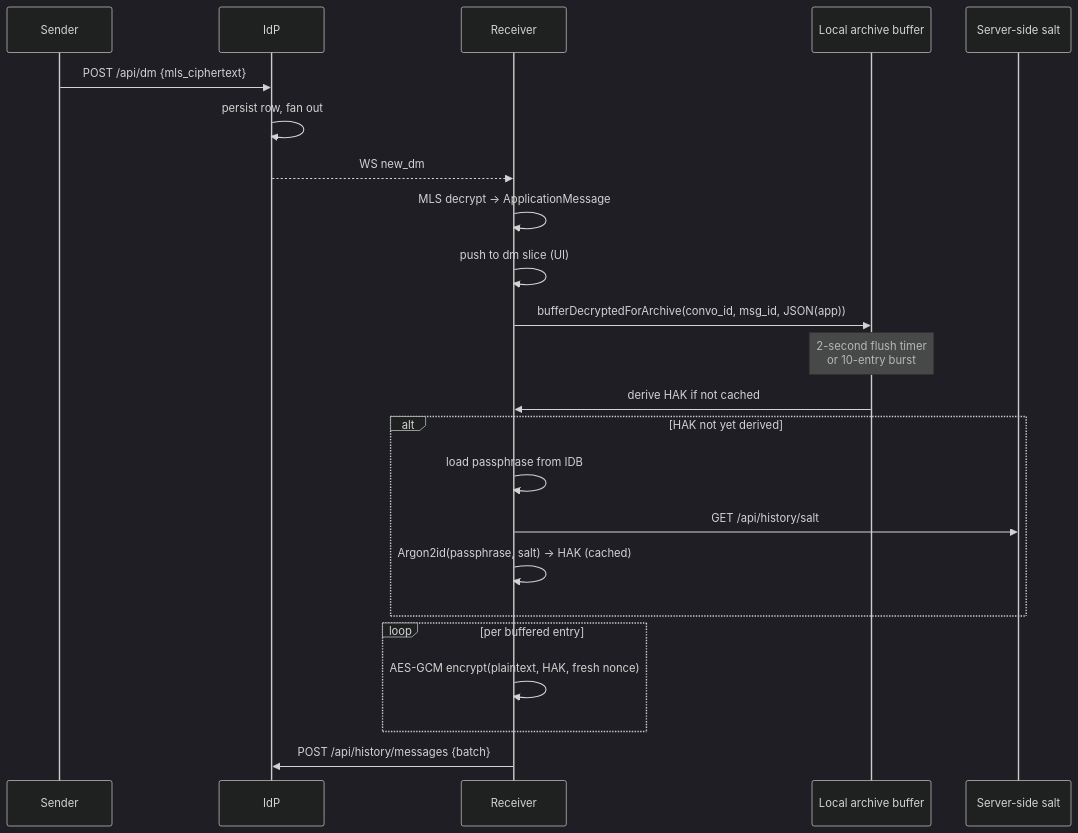
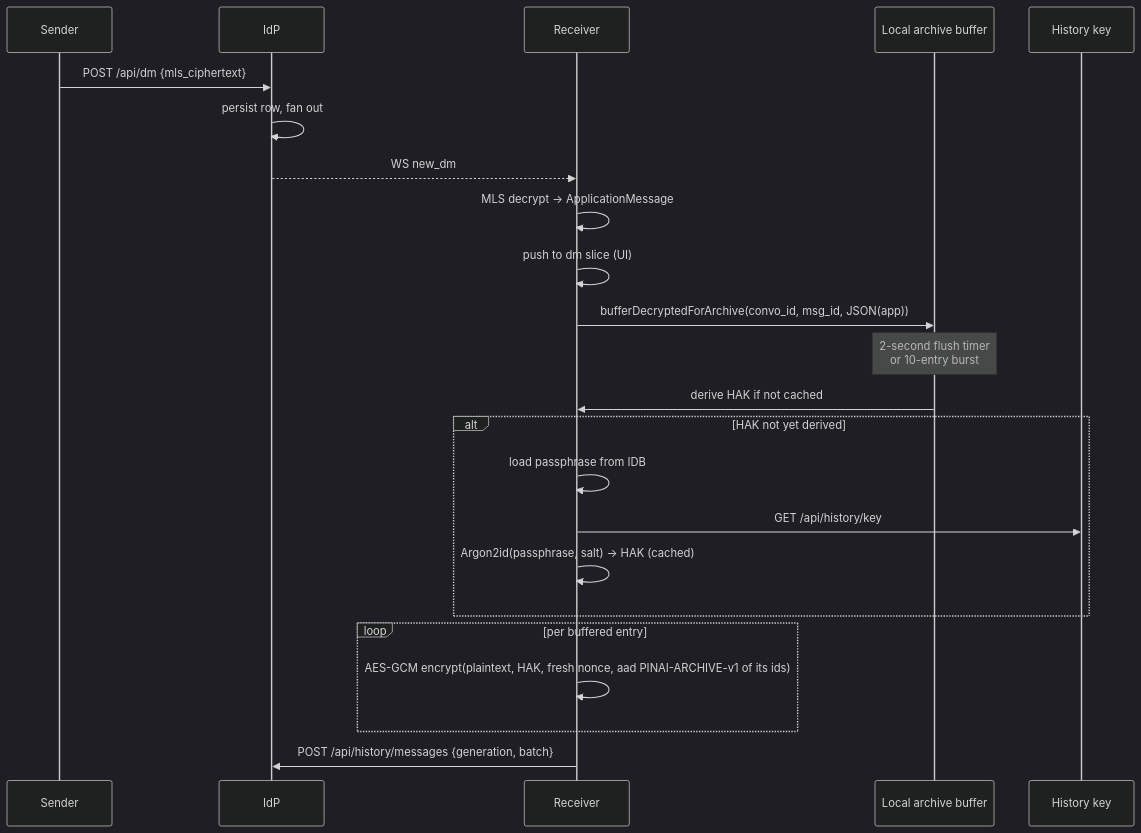
One commit to Pina-i/pinai changed the tenth of 21 diagrams in identity-provider/specs/e2ee.md. Above: the diagram before and after it, drawn with Mermaid (dark theme). The commit also changed other lines of this file and 134 other files, not shown here.

````diff
--- a/identity-provider/specs/e2ee.md
+++ b/identity-provider/specs/e2ee.md
@@ -523,26 +1576,26 @@
 ```mermaid
 sequenceDiagram
     participant Sender
     participant IdP
     participant Receiver
     participant Buffer as Local archive buffer
-    participant Salt as Server-side salt
+    participant Key as History key
 
     Sender->>IdP: POST /api/dm {mls_ciphertext}
     IdP->>IdP: persist row, fan out
     IdP-->>Receiver: WS new_dm
     Receiver->>Receiver: MLS decrypt → ApplicationMessage
     Receiver->>Receiver: push to dm slice (UI)
     Receiver->>Buffer: bufferDecryptedForArchive(convo_id, msg_id, JSON(app))
     Note over Buffer: 2-second flush timer<br/>or 10-entry burst
     Buffer->>Receiver: derive HAK if not cached
     alt HAK not yet derived
         Receiver->>Receiver: load passphrase from IDB
-        Receiver->>Salt: GET /api/history/salt
+        Receiver->>Key: GET /api/history/key
         Receiver->>Receiver: Argon2id(passphrase, salt) → HAK (cached)
     end
     loop per buffered entry
-        Receiver->>Receiver: AES-GCM encrypt(plaintext, HAK, fresh nonce)
+        Receiver->>Receiver: AES-GCM encrypt(plaintext, HAK, fresh nonce, aad PINAI-ARCHIVE-v1 of its ids)
     end
-    Receiver->>IdP: POST /api/history/messages {batch}
+    Receiver->>IdP: POST /api/history/messages {generation, batch}
 ```
````
